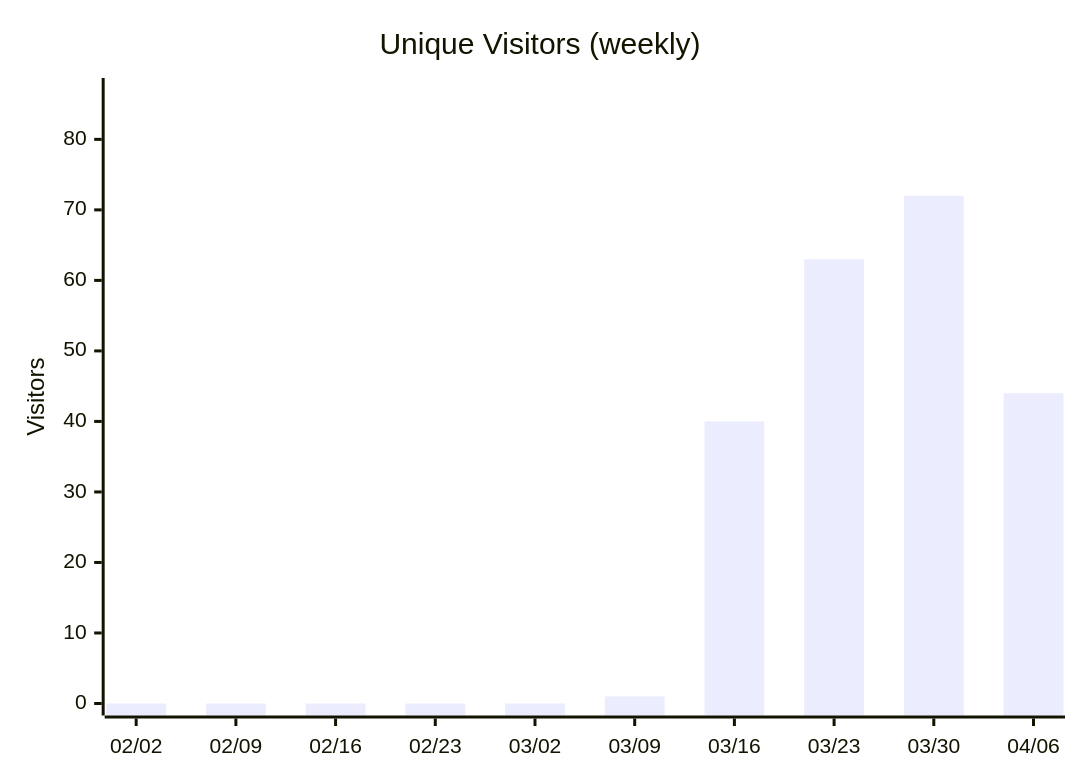
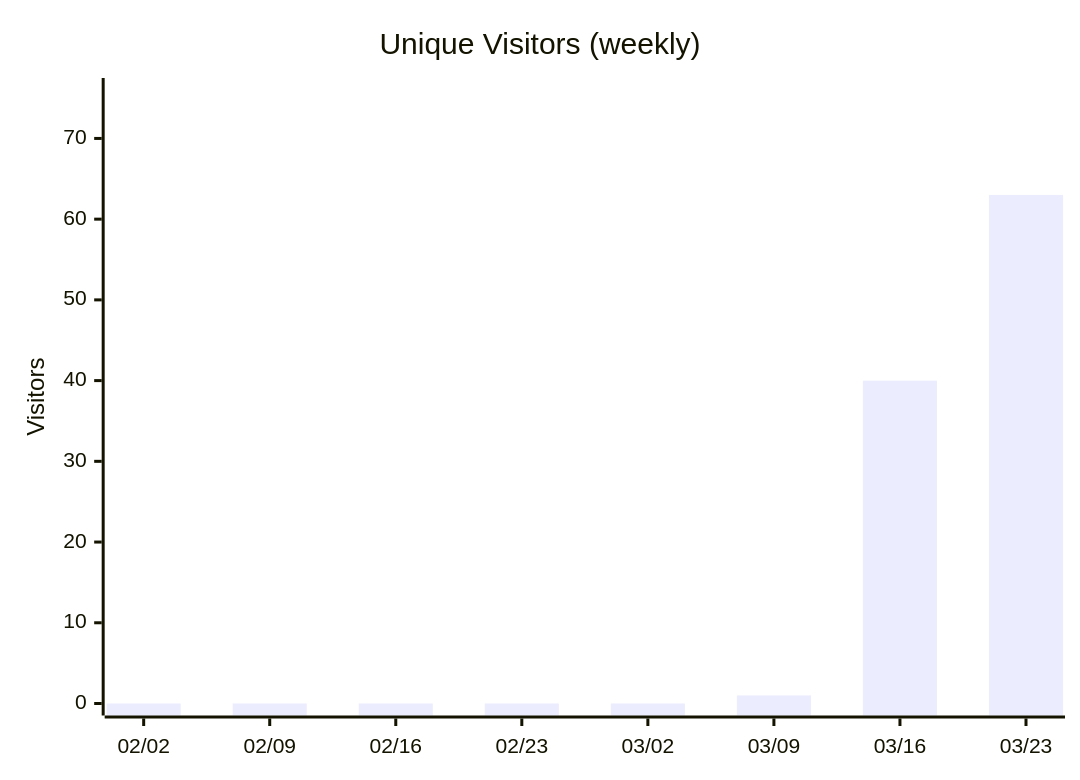
One commit to nablarch/nabledge-dev changed diagram 13 of 14 in docs/metrics.md. Above: the diagram before and after it, drawn with Mermaid. The commit also changed other lines of this file and 1 other file, not shown here.

````diff
--- a/docs/metrics.md
+++ b/docs/metrics.md
@@ -165,7 +163,7 @@
 ```mermaid
 xychart-beta
   title "Unique Visitors (weekly)"
-  x-axis ["02/02", "02/09", "02/16", "02/23", "03/02", "03/09", "03/16", "03/23", "03/30", "04/06"]
-  y-axis "Visitors" 0 --> 87
-  bar [0, 0, 0, 0, 0, 1, 40, 63, 72, 44]
+  x-axis ["02/02", "02/09", "02/16", "02/23", "03/02", "03/09", "03/16", "03/23"]
+  y-axis "Visitors" 0 --> 76
+  bar [0, 0, 0, 0, 0, 1, 40, 63]
 ```
````
